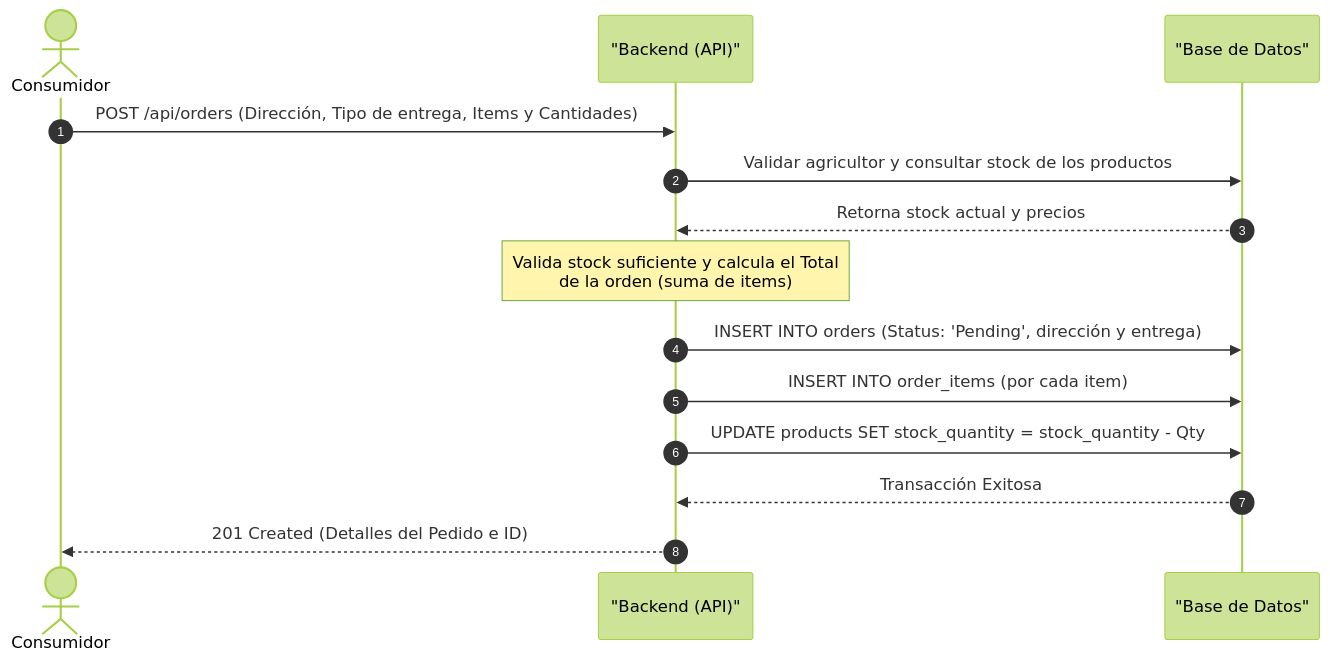
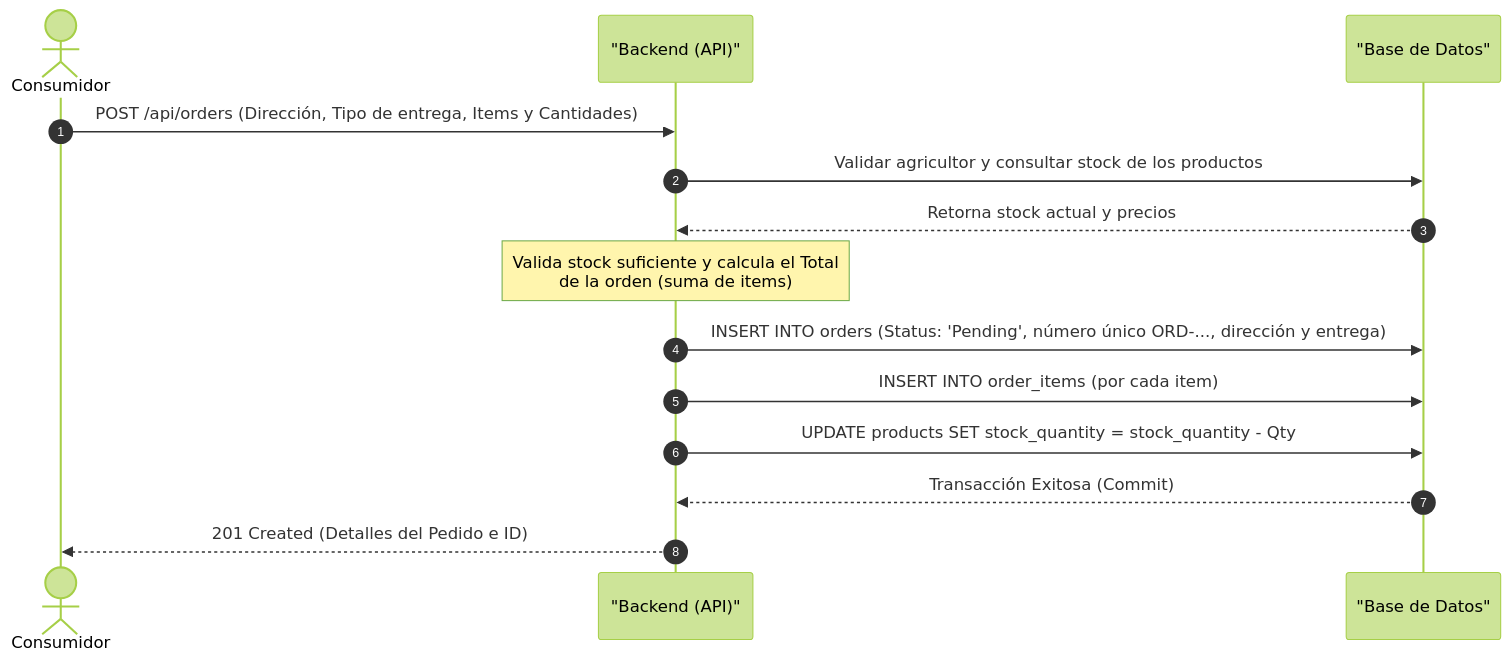
One commit to jbolivarz94/Diplomano.NET changed the third of 6 diagrams in retos/proyecto-final/MarketPlace/README.md. Above: the diagram before and after it, drawn with Mermaid (forest theme). The commit also changed other lines of this file and 7 other files, not shown here.

````diff
--- a/retos/proyecto-final/MarketPlace/README.md
+++ b/retos/proyecto-final/MarketPlace/README.md
@@ -154,17 +170,17 @@
 ```mermaid
 sequenceDiagram
     autonumber
     actor Consumidor
     participant API as "Backend (API)"
     participant DB as "Base de Datos"
 
     Consumidor->>API: POST /api/orders (Dirección, Tipo de entrega, Items y Cantidades)
     API->>DB: Validar agricultor y consultar stock de los productos
     DB-->>API: Retorna stock actual y precios
     Note over API: Valida stock suficiente y calcula el Total<br/>de la orden (suma de items)
-    API->>DB: INSERT INTO orders (Status: 'Pending', dirección y entrega)
+    API->>DB: INSERT INTO orders (Status: 'Pending', número único ORD-..., dirección y entrega)
     API->>DB: INSERT INTO order_items (por cada item)
     API->>DB: UPDATE products SET stock_quantity = stock_quantity - Qty
-    DB-->>API: Transacción Exitosa
+    DB-->>API: Transacción Exitosa (Commit)
     API-->>Consumidor: 201 Created (Detalles del Pedido e ID)
 ```
````
